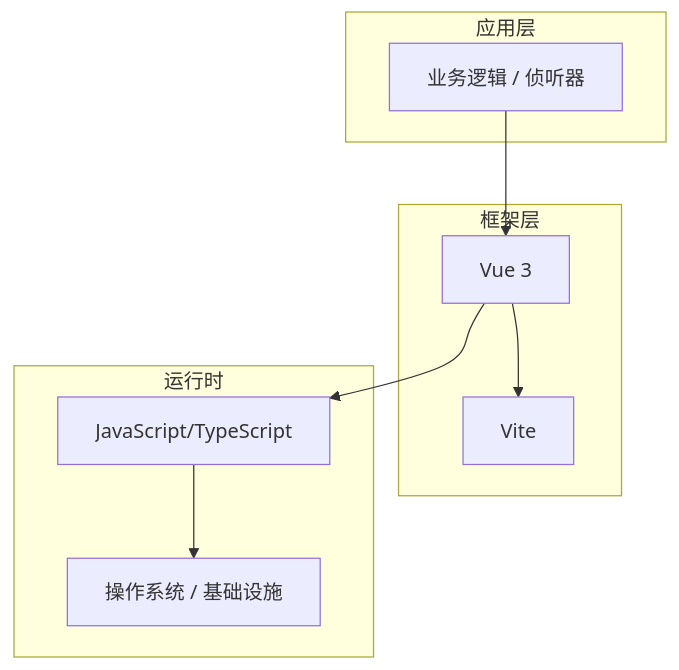
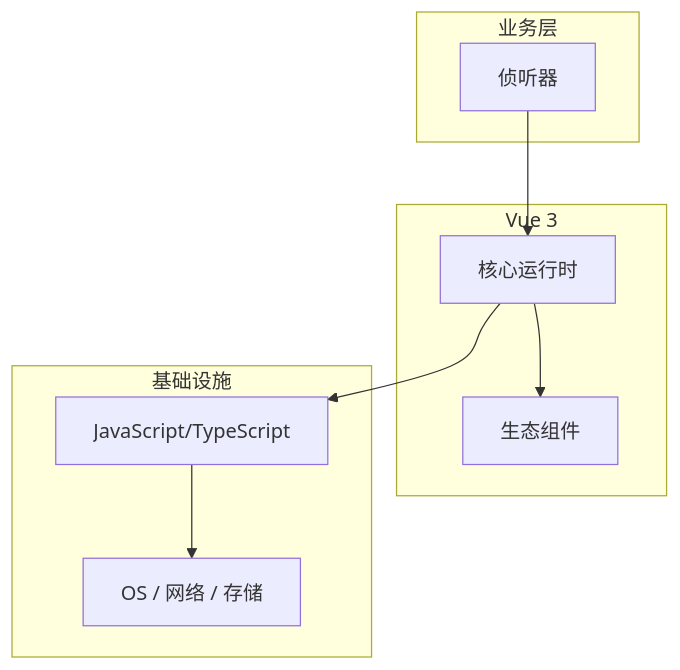
Before and after one commit to yanggan2015/knowledge-json-v2: the diagram in articles/Vue/chapters/022-侦听器核心概念与原理.md, drawn with Mermaid. The commit also changed other lines of this file and 10127 other files, not shown here.

````diff
--- a/articles/Vue/chapters/022-侦听器核心概念与原理.md
+++ b/articles/Vue/chapters/022-侦听器核心概念与原理.md
@@ -45,18 +34,18 @@
 ```mermaid
 graph TB
-    subgraph 应用层
-        A[业务逻辑 / 侦听器]
+    subgraph 业务层
+        A[侦听器]
     end
-    subgraph 框架层
-        B[Vue 3]
-        C[Vite]
+    subgraph Vue 3
+        B[核心运行时]
+        C[生态组件]
     end
-    subgraph 运行时
+    subgraph 基础设施
         D[JavaScript/TypeScript]
-        E[操作系统 / 基础设施]
+        E[OS / 网络 / 存储]
     end
     A --> B
     B --> C
     B --> D
     D --> E
 ```
````
